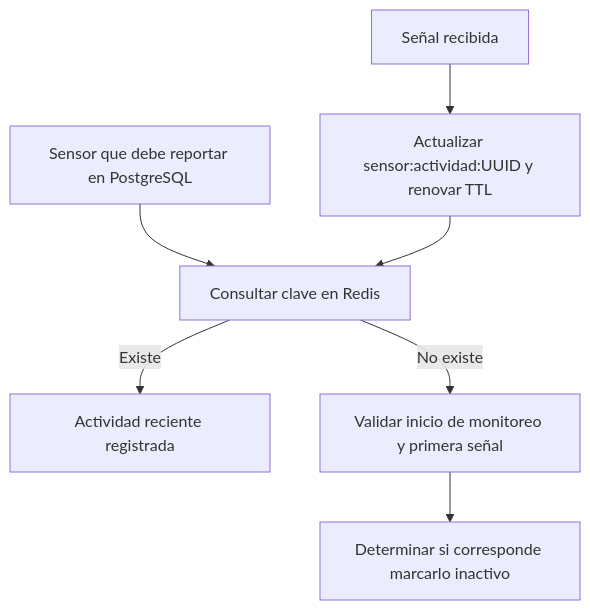
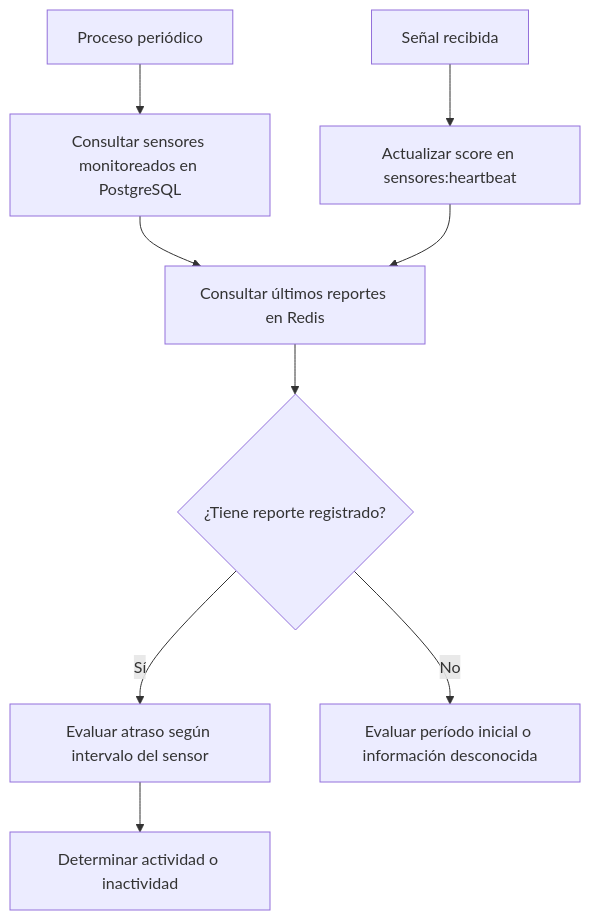
The fourth of 4 diagrams in docs/diagramas.md (Thiago-Alm/tp_logistica), drawn with Mermaid before and after one commit. The commit also changed other lines of this file and 4 other files, not shown here.

````diff
--- a/docs/diagramas.md
+++ b/docs/diagramas.md
@@ -59,9 +60,11 @@
 ```mermaid
 flowchart TD
-    S[Señal recibida] --> R["Actualizar sensor:actividad:UUID y renovar TTL"]
-    P[Sensor que debe reportar en PostgreSQL] --> C[Consultar clave en Redis]
-    R --> C
-    C -->|Existe| A[Actividad reciente registrada]
-    C -->|No existe| V[Validar inicio de monitoreo y primera señal]
-    V --> D[Determinar si corresponde marcarlo inactivo]
+    S[Señal recibida] --> Z["Actualizar score en sensores:heartbeat"]
+    J[Proceso periódico] --> P["Consultar sensores monitoreados en PostgreSQL"]
+    P --> C[Consultar últimos reportes en Redis]
+    Z --> C
+    C --> R{¿Tiene reporte registrado?}
+    R -->|Sí| E[Evaluar atraso según intervalo del sensor]
+    R -->|No| I[Evaluar período inicial o información desconocida]
+    E --> D[Determinar actividad o inactividad]
 ```
````
